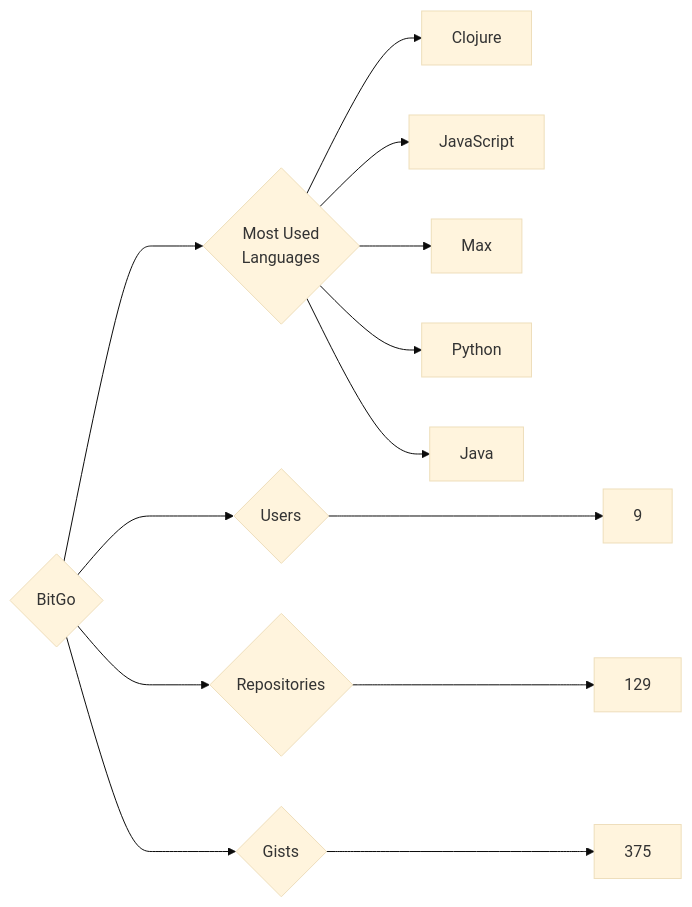
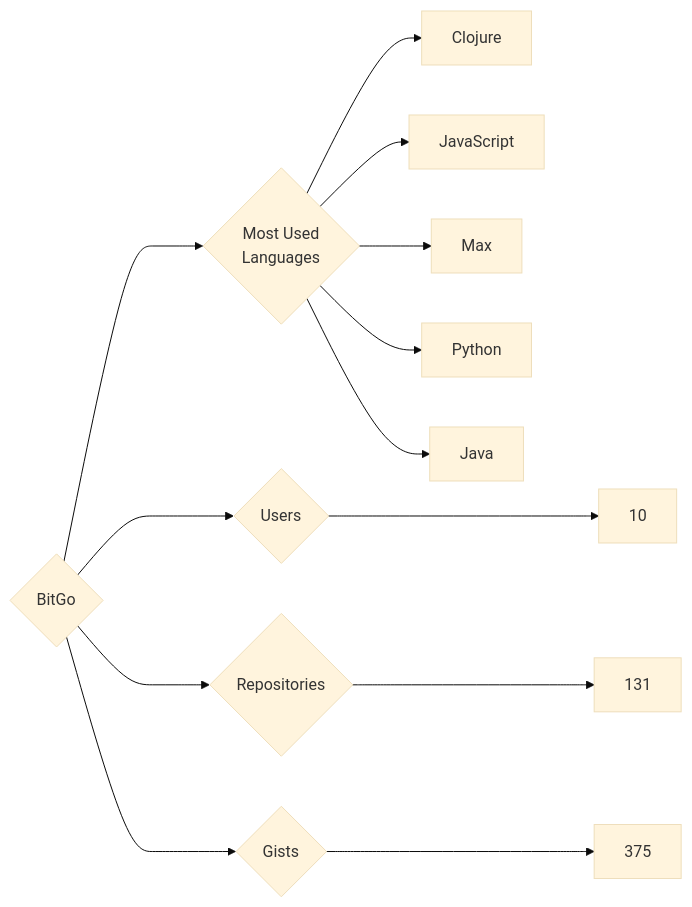
The diagram in targets/BitGo/README.md (trickest/insiders), drawn with Mermaid (base theme) before and after one commit. The commit also changed 1175 other files, not shown here.

````diff
--- a/targets/BitGo/README.md
+++ b/targets/BitGo/README.md
@@ -3,13 +3,13 @@
 ```mermaid
 graph LR
 COMPANY_NAME{BitGo}
-COMPANY_NAME ---> U{Users} ---> UN[9]
-COMPANY_NAME ---> R{Repositories} ---> RN[129]
+COMPANY_NAME ---> U{Users} ---> UN[10]
+COMPANY_NAME ---> R{Repositories} ---> RN[131]
 COMPANY_NAME ---> G{Gists} ---> GN[375]
 COMPANY_NAME ---> ML{Most Used<br>Languages}
 ML --> Clojure[Clojure]
 ML --> JavaScript[JavaScript]
 ML --> Max[Max]
 ML --> Python[Python]
 ML --> Java[Java]
 ```
````
